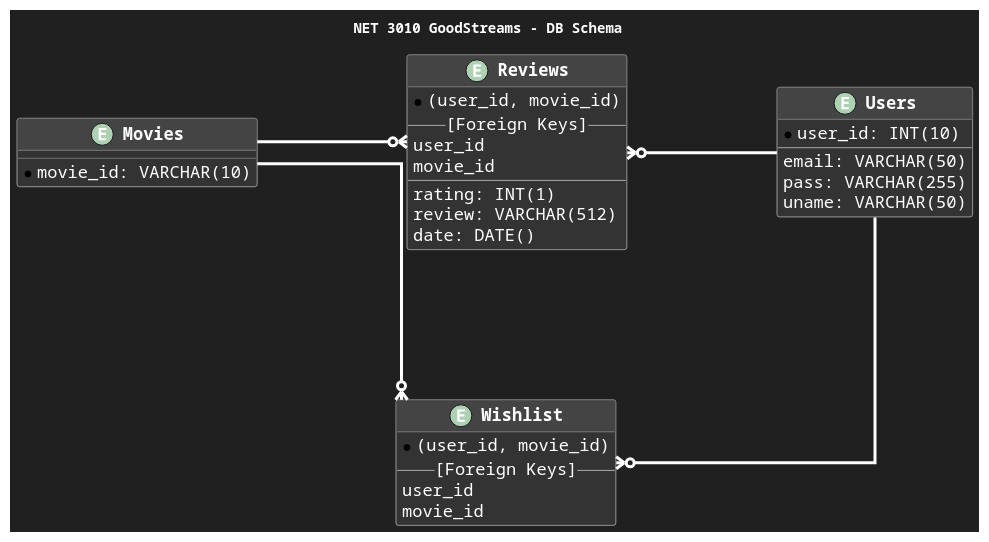
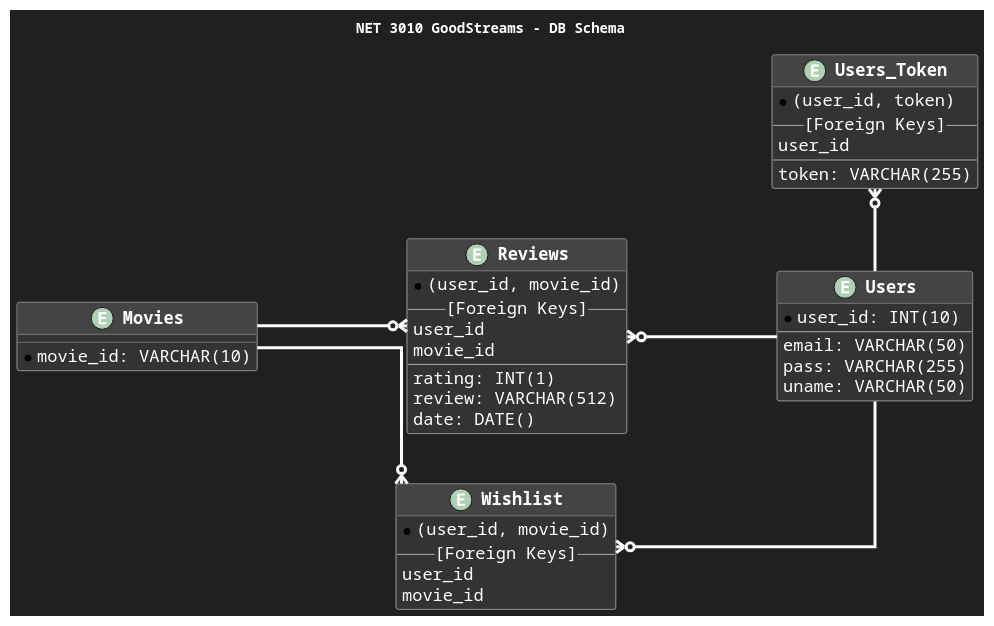
Before and after one commit to FusionStreak/GoodStreams: the diagram in schema.puml, drawn with PlantUML. The commit also changed 1 other file, not shown here.

```diff
--- a/schema.puml
+++ b/schema.puml
@@ -1,61 +1,70 @@
 @startuml Schema
 
 skinparam{
     backgroundColor #202020
     defaultFontName Courier
     defaultFontColor #FFFFFF
 
     ClassBackgroundColor #333333
     ClassBorderColor #AAAAAA
     ClassHeaderBackgroundColor #444444
     ClassFontSize 19
     ClassFontStyle bold
     ClassAttributeFontSize 17
     
 
     Linetype ortho
     Nodesep 150
-    Ranksep 150
+    Ranksep 50
     ArrowThickness 3
     ArrowColor #FFFFFF
   
 }
 
 title NET 3010 GoodStreams - DB Schema
 
 entity Users {
     *user_id: INT(10)
     --
     email: VARCHAR(50)
     pass: VARCHAR(255)
     uname: VARCHAR(50)
+}
+
+entity Users_Token {
+    *(user_id, token)
+    --[Foreign Keys]--
+    user_id
+    --
+    token: VARCHAR(255)
 }
 
 entity Movies {
     *movie_id: VARCHAR(10)
 }
 
 entity Wishlist {
     *(user_id, movie_id)
     --[Foreign Keys]--
     user_id
     movie_id
 }
 
 entity Reviews {
     *(user_id, movie_id)
     --[Foreign Keys]--
     user_id
     movie_id
     --
     rating: INT(1)
     review: VARCHAR(512)
     date: DATE()
 }
 
+Users -u-o{ Users_Token
 Users -d-o{ Wishlist
 Users -l-o{ Reviews
 Movies -o{ Wishlist
 Movies -o{ Reviews
 
 @enduml
```
